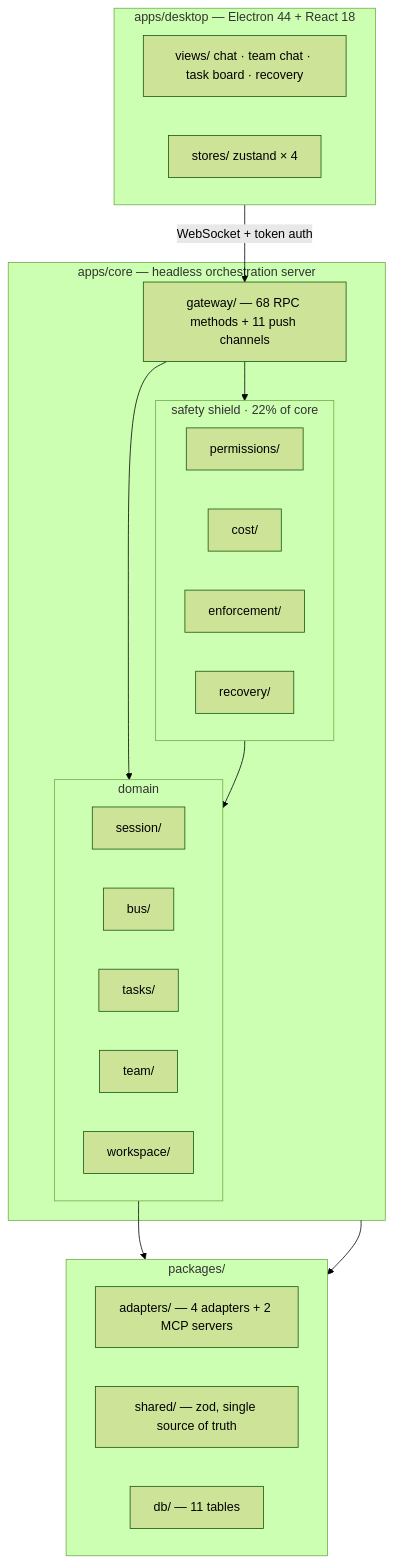
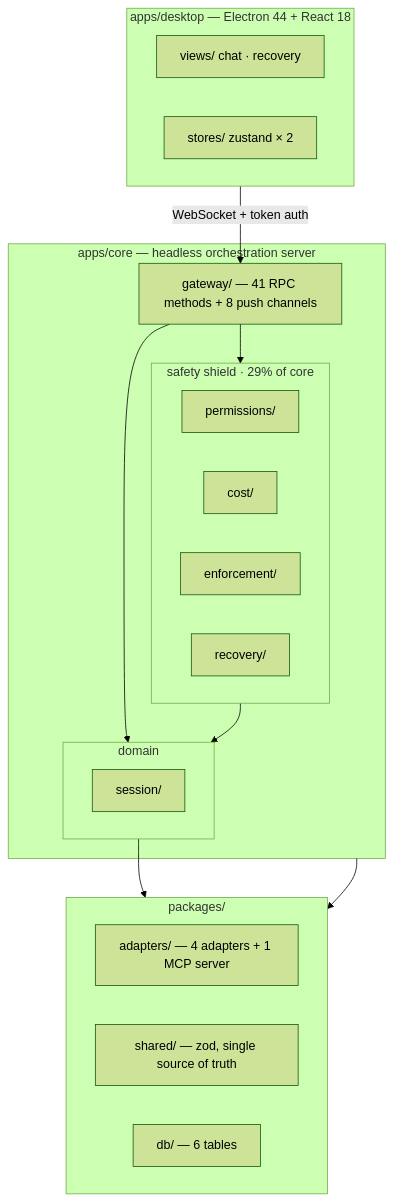
One commit to xing-101729/deskmony changed the second of 2 diagrams in README.md. Above: the diagram before and after it, drawn with Mermaid (forest theme). The commit also changed other lines of this file and 145 other files, not shown here.

First line of the commit message:
Remove teams, tasks and the kanban board

````diff
--- a/README.md
+++ b/README.md
@@ -113,41 +106,37 @@
 ```mermaid
 flowchart TB
     subgraph SHELL["apps/desktop — Electron 44 + React 18"]
         direction LR
-        Views["views/ chat · team chat · task board · recovery"]
-        Stores["stores/ zustand × 4"]
+        Views["views/ chat · recovery"]
+        Stores["stores/ zustand × 2"]
     end
 
     subgraph CORE["apps/core — headless orchestration server"]
-        GW["gateway/ — 68 RPC methods + 11 push channels"]
+        GW["gateway/ — 41 RPC methods + 8 push channels"]
         subgraph DOMAIN["domain"]
             direction LR
             Sess["session/"]
-            Bus["bus/"]
-            Task["tasks/"]
-            Team["team/"]
-            Work["workspace/"]
         end
-        subgraph SHIELD["safety shield · 22% of core"]
+        subgraph SHIELD["safety shield · 29% of core"]
             direction LR
             Perm["permissions/"]
             Cost["cost/"]
             Enf["enforcement/"]
             Rec["recovery/"]
         end
     end
 
     subgraph PKG["packages/"]
         direction LR
-        Adapters["adapters/ — 4 adapters + 2 MCP servers"]
+        Adapters["adapters/ — 4 adapters + 1 MCP server"]
         Shared["shared/ — zod, single source of truth"]
-        Db["db/ — 11 tables"]
+        Db["db/ — 6 tables"]
     end
 
     SHELL -- "WebSocket + token auth" --> GW
     GW --> DOMAIN
     GW --> SHIELD
     SHIELD --> DOMAIN
     DOMAIN --> Adapters
     CORE --> Db
 ```
````
